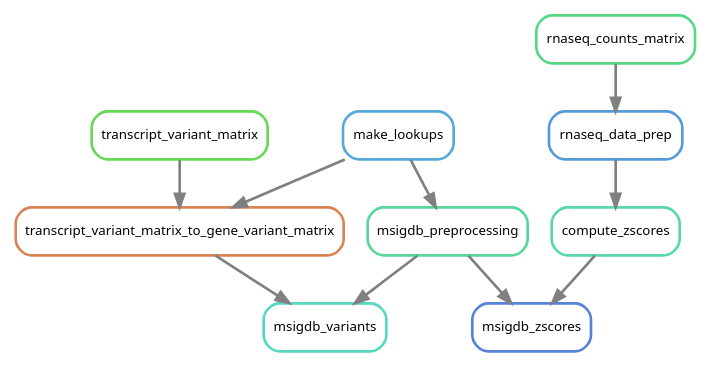
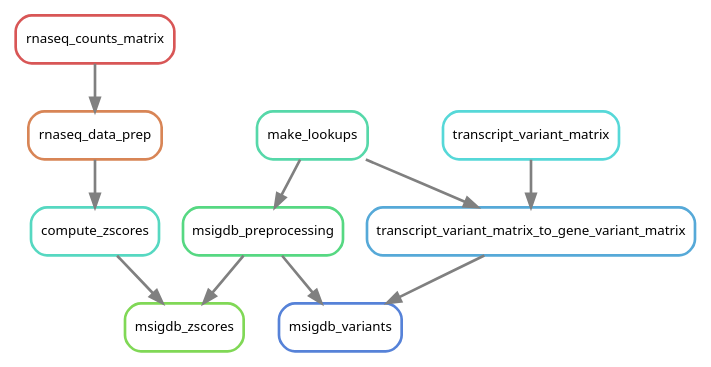
Before and after one commit to NCBI-Hackathons/Pharmacogenomics_Prediction_Pipeline_P3: the diagram in doc/source/images/msigdb.dot, drawn with Graphviz. The commit also changed 27 other files, not shown here.

```diff
--- a/doc/source/images/msigdb.dot
+++ b/doc/source/images/msigdb.dot
@@ -1,23 +1,23 @@
 digraph snakemake_dag {
     graph[bgcolor=white, margin=0];
     node[shape=box, style=rounded, fontname=sans,                 fontsize=10, penwidth=2];
     edge[penwidth=2, color=grey];
-	0[label = "compute_zscores", color = "0.44 0.6 0.85", style="rounded"];
-	1[label = "msigdb_zscores", color = "0.61 0.6 0.85", style="rounded"];
-	2[label = "transcript_variant_matrix_to_gene_variant_matrix", color = "0.06 0.6 0.85", style="rounded"];
-	3[label = "make_lookups", color = "0.56 0.6 0.85", style="rounded"];
-	4[label = "rnaseq_counts_matrix", color = "0.39 0.6 0.85", style="rounded"];
-	5[label = "transcript_variant_matrix", color = "0.31 0.6 0.85", style="rounded"];
-	6[label = "msigdb_variants", color = "0.47 0.6 0.85", style="rounded"];
-	7[label = "rnaseq_data_prep", color = "0.58 0.6 0.85", style="rounded"];
-	8[label = "msigdb_preprocessing", color = "0.42 0.6 0.85", style="rounded"];
-	7 -> 0
-	0 -> 1
-	8 -> 1
-	5 -> 2
-	3 -> 2
-	2 -> 6
-	8 -> 6
-	4 -> 7
-	3 -> 8
+	0[label = "rnaseq_counts_matrix", color = "0.00 0.6 0.85", style="rounded"];
+	1[label = "compute_zscores", color = "0.47 0.6 0.85", style="rounded"];
+	2[label = "rnaseq_data_prep", color = "0.06 0.6 0.85", style="rounded"];
+	3[label = "make_lookups", color = "0.44 0.6 0.85", style="rounded"];
+	4[label = "transcript_variant_matrix_to_gene_variant_matrix", color = "0.56 0.6 0.85", style="rounded"];
+	5[label = "msigdb_zscores", color = "0.28 0.6 0.85", style="rounded"];
+	6[label = "msigdb_variants", color = "0.61 0.6 0.85", style="rounded"];
+	7[label = "msigdb_preprocessing", color = "0.39 0.6 0.85", style="rounded"];
+	8[label = "transcript_variant_matrix", color = "0.50 0.6 0.85", style="rounded"];
+	2 -> 1
+	0 -> 2
+	3 -> 4
+	8 -> 4
+	1 -> 5
+	7 -> 5
+	4 -> 6
+	7 -> 6
+	3 -> 7
 }            
```
